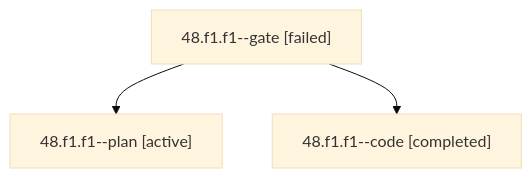
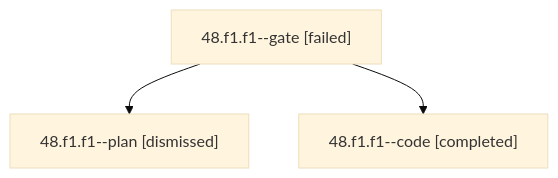
Before and after one commit to bobs-org/bob-cli--agents: the diagram in sessions/bbugyi200.apollo.48.f1.f1.md, drawn with Mermaid (base theme). The commit also changed other lines of this file and 48 other files, not shown here.

````diff
--- a/sessions/bbugyi200.apollo.48.f1.f1.md
+++ b/sessions/bbugyi200.apollo.48.f1.f1.md
@@ -9,8 +9,8 @@
 ```mermaid
 flowchart TD
   n0["48.f1.f1--gate [failed]"]
-  n1["48.f1.f1--plan [active]"]
+  n1["48.f1.f1--plan [dismissed]"]
   n0 --> n1
   n2["48.f1.f1--code [completed]"]
   n0 --> n2
 ```
````
